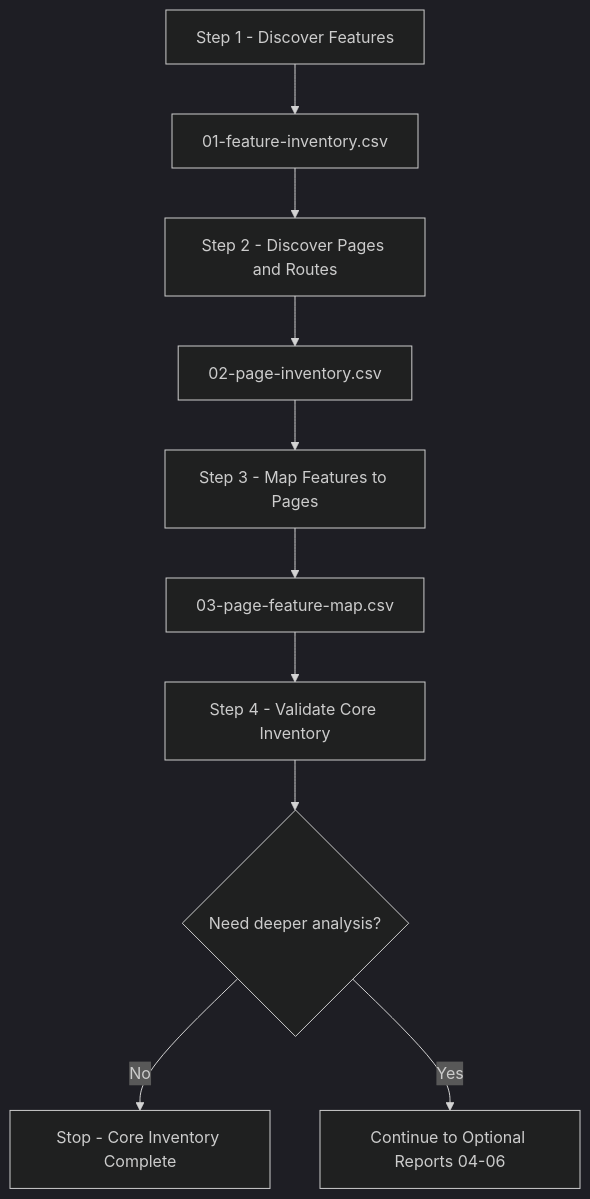
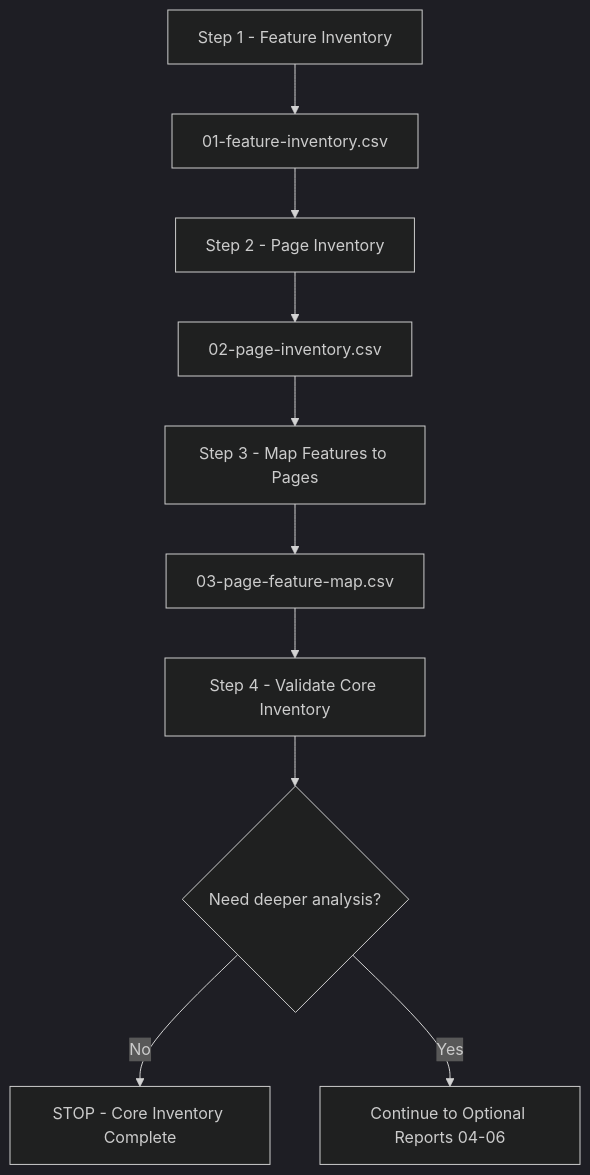
One commit to duyduyly/php-notebook changed the diagram in docs/joomla/learning/report/features/WORKFLOW.md. Above: the diagram before and after it, drawn with Mermaid (dark theme). The commit also changed other lines of this file, not shown here.

Commit message:
docs: simplify Joomla feature inventory workflow

````diff
--- a/docs/joomla/learning/report/features/WORKFLOW.md
+++ b/docs/joomla/learning/report/features/WORKFLOW.md
@@ -60,12 +49,12 @@
 ```mermaid
 flowchart TD
-    A[Step 1 - Discover Features] --> B[01-feature-inventory.csv]
-    B --> C[Step 2 - Discover Pages and Routes]
+    A[Step 1 - Feature Inventory] --> B[01-feature-inventory.csv]
+    B --> C[Step 2 - Page Inventory]
     C --> D[02-page-inventory.csv]
     D --> E[Step 3 - Map Features to Pages]
     E --> F[03-page-feature-map.csv]
     F --> G[Step 4 - Validate Core Inventory]
     G --> H{Need deeper analysis?}
-    H -->|No| I[Stop - Core Inventory Complete]
+    H -->|No| I[STOP - Core Inventory Complete]
     H -->|Yes| J[Continue to Optional Reports 04-06]
 ```
````
